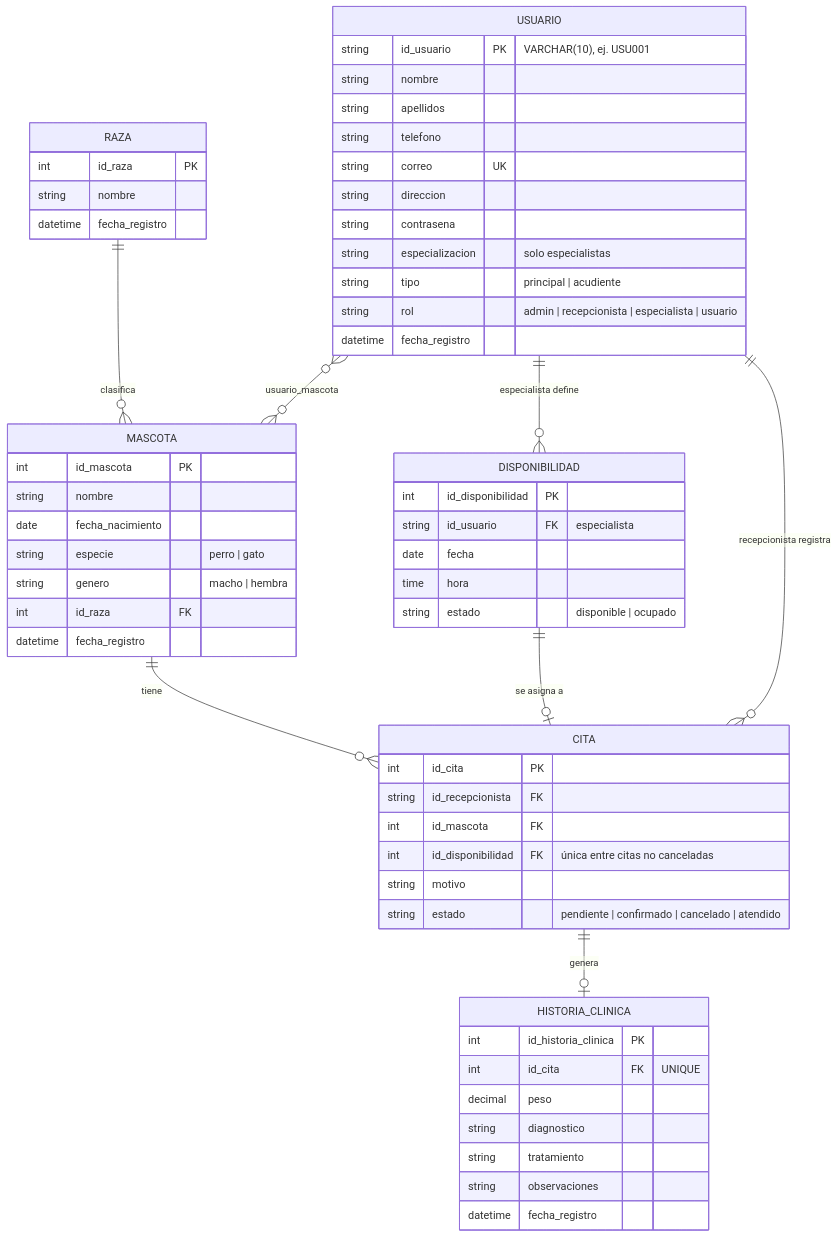
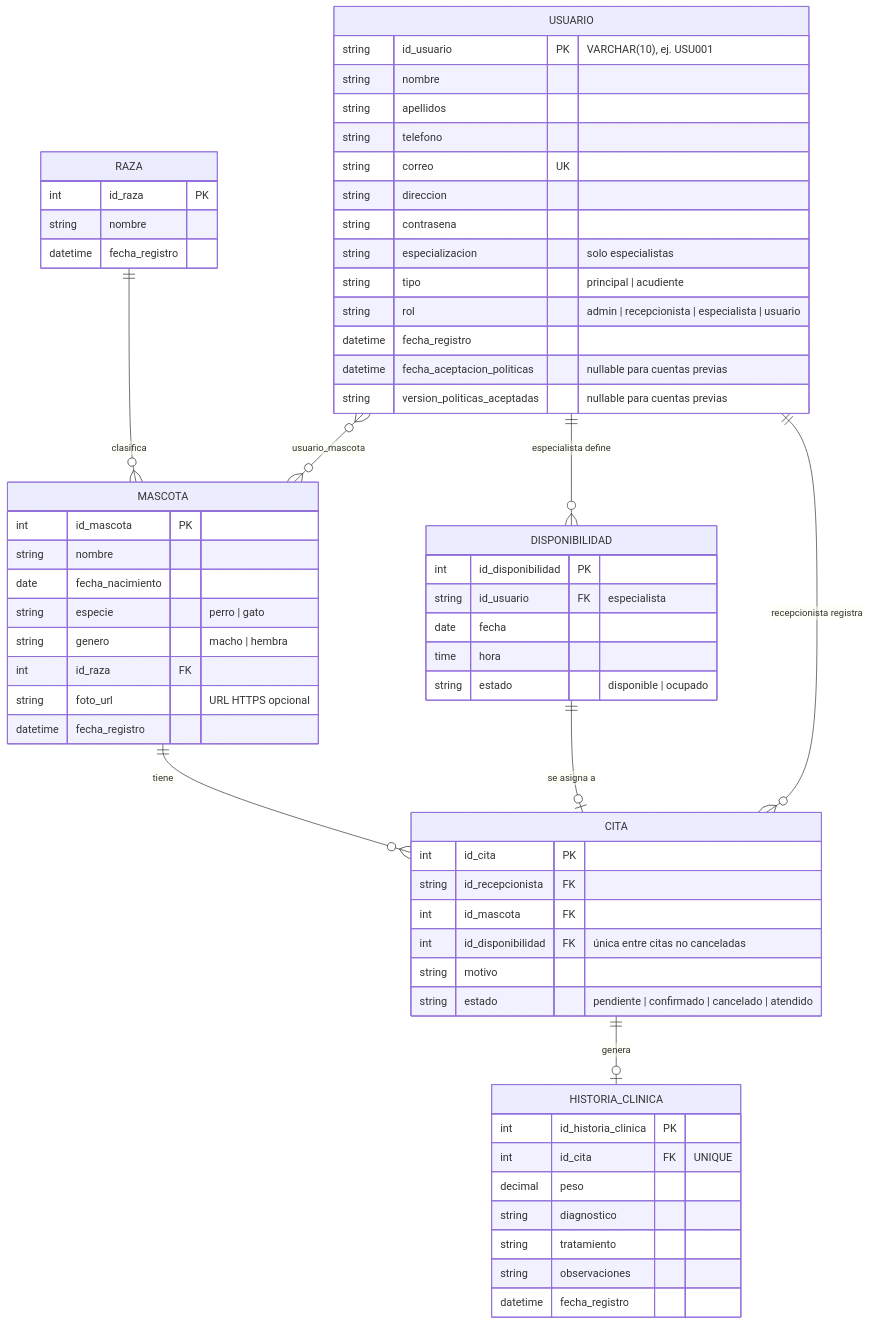
The fourth of 4 diagrams in Readme.md (sanlith340-droid/Huellitas_Saludables_PRO), drawn with Mermaid before and after one commit. The commit also changed other lines of this file and 37 other files, not shown here.

````diff
--- a/Readme.md
+++ b/Readme.md
@@ -158,62 +158,65 @@
 ```mermaid
 erDiagram
     RAZA ||--o{ MASCOTA : "clasifica"
     USUARIO }o--o{ MASCOTA : "usuario_mascota"
     USUARIO ||--o{ DISPONIBILIDAD : "especialista define"
     USUARIO ||--o{ CITA : "recepcionista registra"
     MASCOTA ||--o{ CITA : "tiene"
     DISPONIBILIDAD ||--o| CITA : "se asigna a"
     CITA ||--o| HISTORIA_CLINICA : "genera"
 
     USUARIO {
         string id_usuario PK "VARCHAR(10), ej. USU001"
         string nombre
         string apellidos
         string telefono
         string correo UK
         string direccion
         string contrasena
         string especializacion "solo especialistas"
         string tipo "principal | acudiente"
         string rol "admin | recepcionista | especialista | usuario"
         datetime fecha_registro
+        datetime fecha_aceptacion_politicas "nullable para cuentas previas"
+        string version_politicas_aceptadas "nullable para cuentas previas"
     }
     RAZA {
         int id_raza PK
         string nombre
         datetime fecha_registro
     }
     MASCOTA {
         int id_mascota PK
         string nombre
         date fecha_nacimiento
         string especie "perro | gato"
         string genero "macho | hembra"
         int id_raza FK
+        string foto_url "URL HTTPS opcional"
         datetime fecha_registro
     }
     DISPONIBILIDAD {
         int id_disponibilidad PK
         string id_usuario FK "especialista"
         date fecha
         time hora
         string estado "disponible | ocupado"
     }
     CITA {
         int id_cita PK
         string id_recepcionista FK
         int id_mascota FK
         int id_disponibilidad FK "única entre citas no canceladas"
         string motivo
         string estado "pendiente | confirmado | cancelado | atendido"
     }
     HISTORIA_CLINICA {
         int id_historia_clinica PK
         int id_cita FK "UNIQUE"
         decimal peso
         string diagnostico
         string tratamiento
         string observaciones
         datetime fecha_registro
     }
 ```
````
